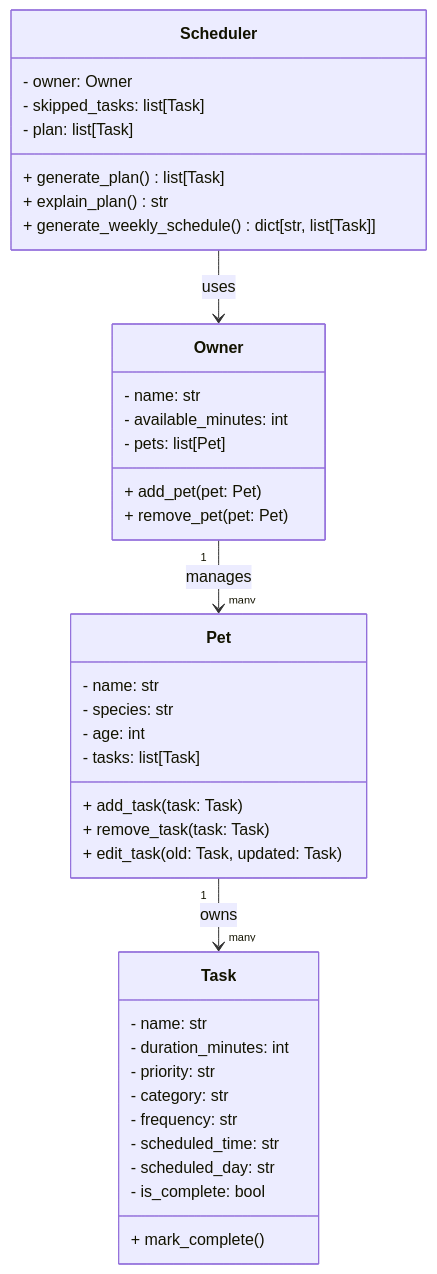
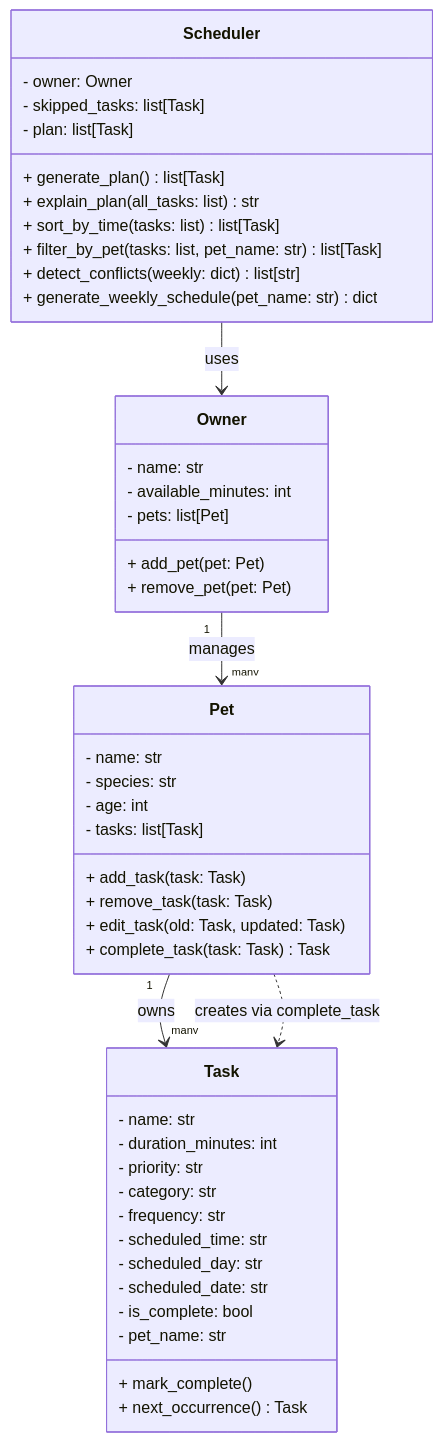
Before and after one commit to malhiya/pawpal-applied-ai: the diagram in pawpal_design.md, drawn with Mermaid. The commit also changed other lines of this file and 7 other files, not shown here.

````diff
--- a/pawpal_design.md
+++ b/pawpal_design.md
@@ -5,45 +5,53 @@
 ```mermaid
 classDiagram
     class Task {
         - name: str
         - duration_minutes: int
         - priority: str
         - category: str
         - frequency: str
         - scheduled_time: str
         - scheduled_day: str
+        - scheduled_date: str
         - is_complete: bool
+        - pet_name: str
         + mark_complete()
+        + next_occurrence() Task
     }
 
     class Pet {
         - name: str
         - species: str
         - age: int
         - tasks: list[Task]
         + add_task(task: Task)
         + remove_task(task: Task)
         + edit_task(old: Task, updated: Task)
+        + complete_task(task: Task) Task
     }
 
     class Owner {
         - name: str
         - available_minutes: int
         - pets: list[Pet]
         + add_pet(pet: Pet)
         + remove_pet(pet: Pet)
     }
 
     class Scheduler {
         - owner: Owner
         - skipped_tasks: list[Task]
         - plan: list[Task]
         + generate_plan() list[Task]
-        + explain_plan() str
-        + generate_weekly_schedule() dict[str, list[Task]]
+        + explain_plan(all_tasks: list) str
+        + sort_by_time(tasks: list) list[Task]
+        + filter_by_pet(tasks: list, pet_name: str) list[Task]
+        + detect_conflicts(weekly: dict) list[str]
+        + generate_weekly_schedule(pet_name: str) dict
     }
 
     Owner "1" --> "many" Pet : manages
     Pet "1" --> "many" Task : owns
     Scheduler --> Owner : uses
+    Pet ..> Task : creates via complete_task
 ```
````
